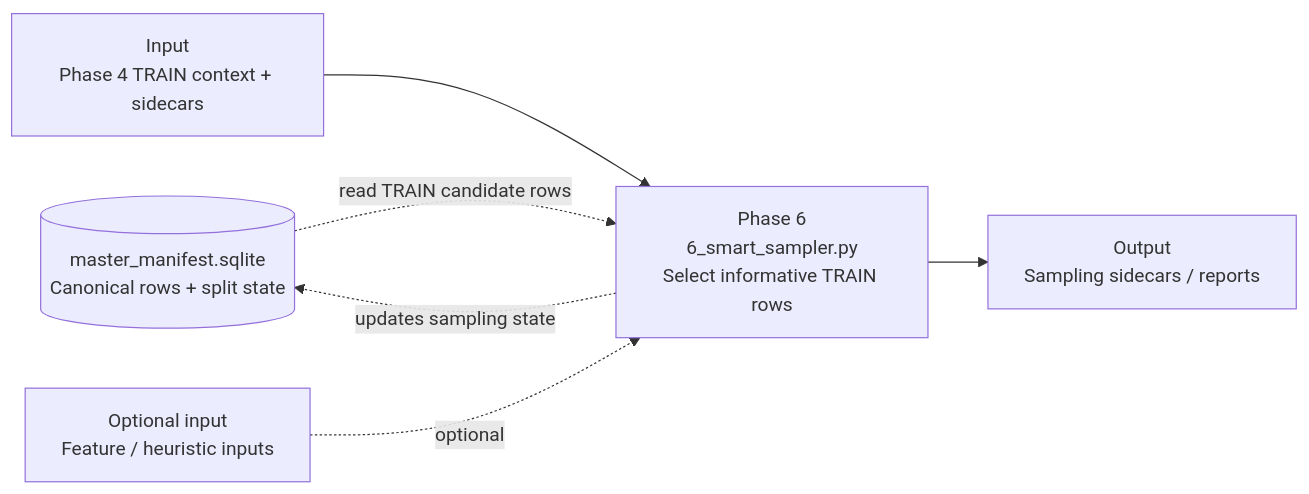
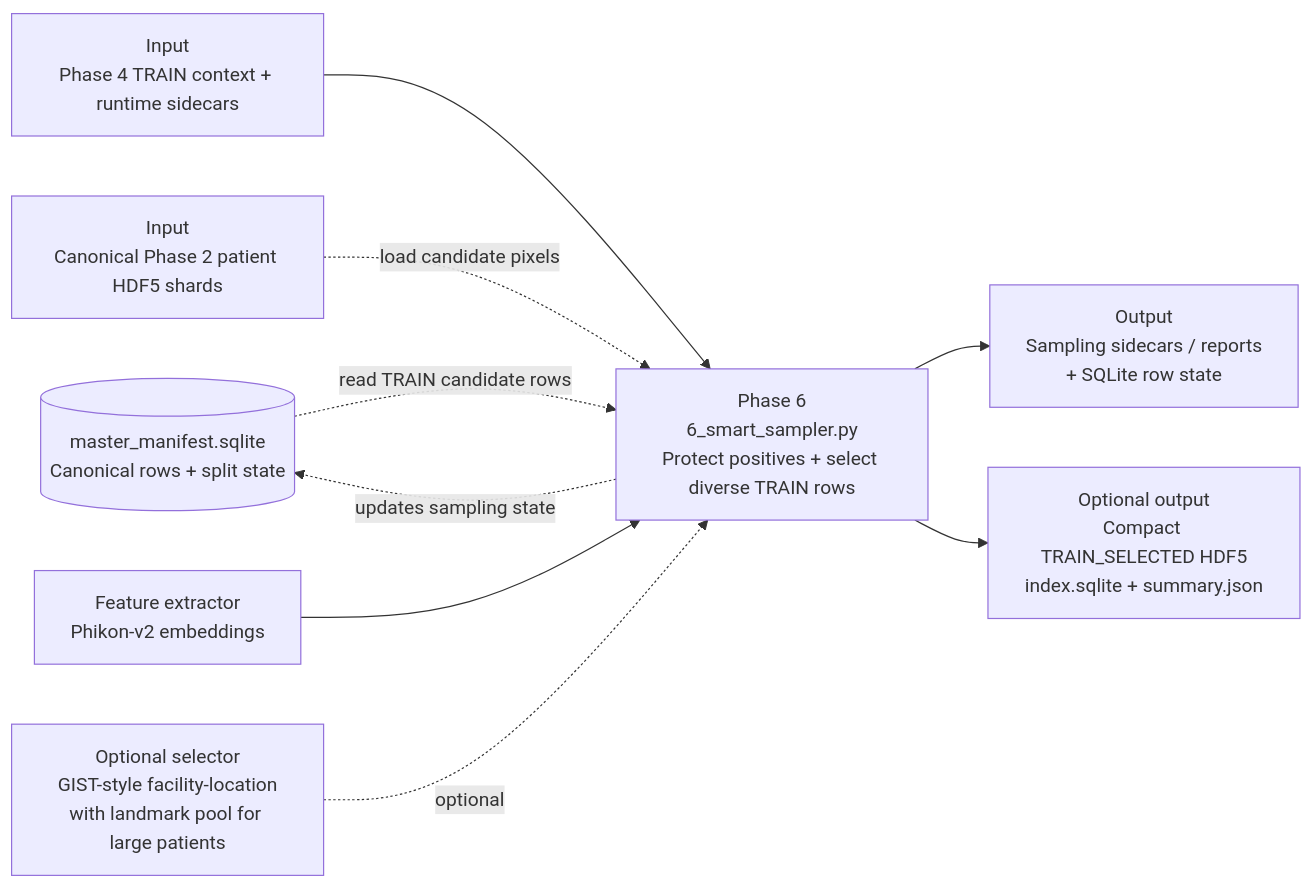
One commit to bhnunes/Master_Coding changed the diagram in MERMAID/phase_6_smart_sampling.mermaid. Above: the diagram before and after it, drawn with Mermaid. The commit also changed 16 other files, not shown here.

```diff
--- a/MERMAID/phase_6_smart_sampling.mermaid
+++ b/MERMAID/phase_6_smart_sampling.mermaid
@@ -1,12 +1,18 @@
 flowchart LR
     manifest[(master_manifest.sqlite<br/>Canonical rows + split state)]
-    phase4_outputs[Input<br/>Phase 4 TRAIN context + sidecars]
-    embeddings[Optional input<br/>Feature / heuristic inputs]
-    p6[Phase 6<br/>6_smart_sampler.py<br/>Select informative TRAIN rows]
-    sidecars[Output<br/>Sampling sidecars / reports]
+    phase4_outputs[Input<br/>Phase 4 TRAIN context + runtime sidecars]
+    shards[Input<br/>Canonical Phase 2 patient HDF5 shards]
+    embeddings[Feature extractor<br/>Phikon-v2 embeddings]
+    p6[Phase 6<br/>6_smart_sampler.py<br/>Protect positives + select diverse TRAIN rows]
+    gist[Optional selector<br/>GIST-style facility-location<br/>with landmark pool for large patients]
+    sidecars[Output<br/>Sampling sidecars / reports<br/>+ SQLite row state]
+    compact[Optional output<br/>Compact TRAIN_SELECTED HDF5<br/>index.sqlite + summary.json]
 
     manifest -. read TRAIN candidate rows .-> p6
     phase4_outputs --> p6
-    embeddings -. optional .-> p6
+    shards -. load candidate pixels .-> p6
+    embeddings --> p6
+    gist -. optional .-> p6
     p6 --> sidecars
+    p6 --> compact
     p6 -. updates sampling state .-> manifest
```
